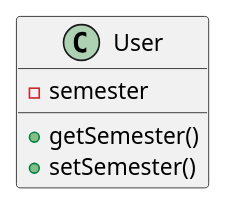
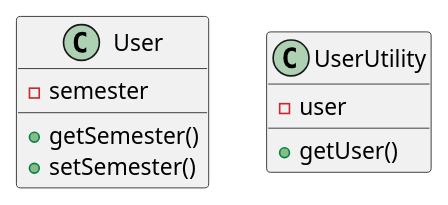
One commit to nus-cs2113-AY2223S2/tp changed the diagram in docs/UML/UserClass.puml. Above: the diagram before and after it, drawn with PlantUML.

```diff
--- a/docs/UML/UserClass.puml
+++ b/docs/UML/UserClass.puml
@@ -1,7 +1,14 @@
 @startuml
+
 class User {
  -semester
  +getSemester()
  +setSemester()
 }
+
+class UserUtility {
+ -user
+ +getUser()
+}
+
 @enduml
```
